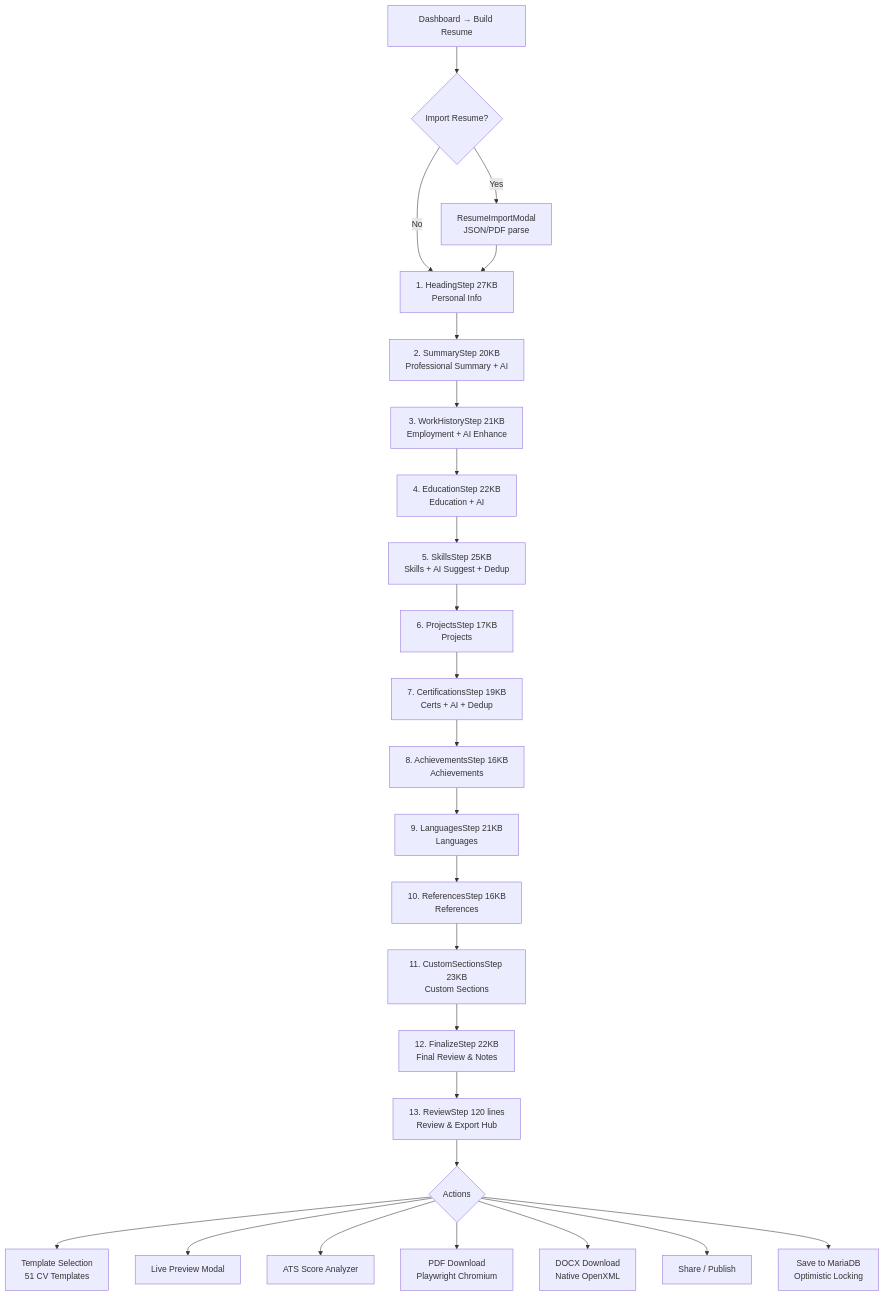
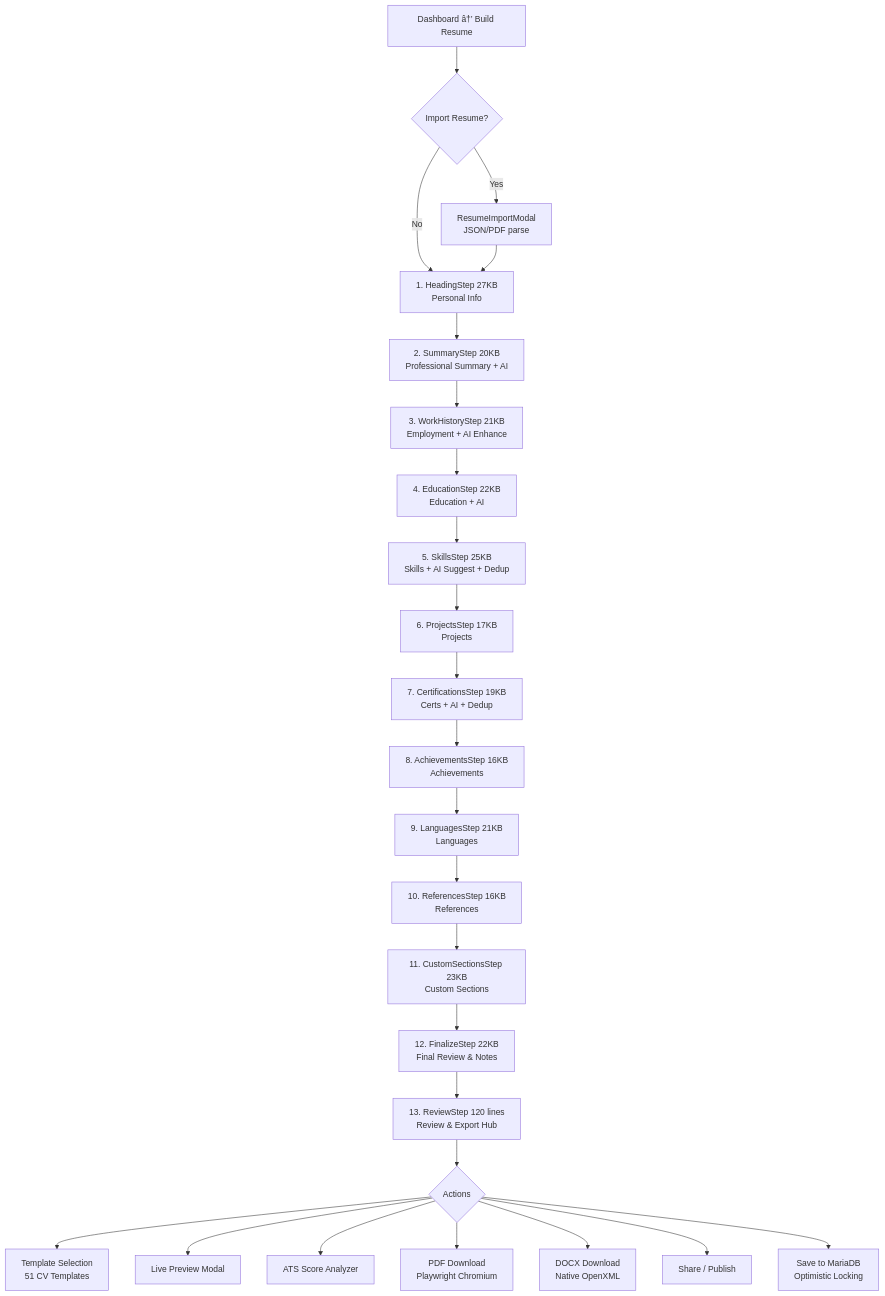
One commit to bhaskarbeyond-creator/ResumePilotAi changed the fifth of 18 diagrams in architecture-flowchart.md. Above: the diagram before and after it, drawn with Mermaid. The commit also changed other lines of this file and 1 other file, not shown here.

````diff
--- a/architecture-flowchart.md
+++ b/architecture-flowchart.md
@@ -736,29 +736,29 @@
 ```mermaid
 graph TD
-    START[Dashboard → Build Resume] --> IMPORT{Import Resume?}
+    START[Dashboard â†’ Build Resume] --> IMPORT{Import Resume?}
     IMPORT --> |Yes| PARSE[ResumeImportModal<br/>JSON/PDF parse]
     IMPORT --> |No| S1
     PARSE --> S1
 
     S1[1. HeadingStep 27KB<br/>Personal Info] --> S2[2. SummaryStep 20KB<br/>Professional Summary + AI]
     S2 --> S3[3. WorkHistoryStep 21KB<br/>Employment + AI Enhance]
     S3 --> S4[4. EducationStep 22KB<br/>Education + AI]
     S4 --> S5[5. SkillsStep 25KB<br/>Skills + AI Suggest + Dedup]
     S5 --> S6[6. ProjectsStep 17KB<br/>Projects]
     S6 --> S7[7. CertificationsStep 19KB<br/>Certs + AI + Dedup]
     S7 --> S8[8. AchievementsStep 16KB<br/>Achievements]
     S8 --> S9[9. LanguagesStep 21KB<br/>Languages]
     S9 --> S10[10. ReferencesStep 16KB<br/>References]
     S10 --> S11[11. CustomSectionsStep 23KB<br/>Custom Sections]
     S11 --> S12[12. FinalizeStep 22KB<br/>Final Review & Notes]
     S12 --> S13[13. ReviewStep 120 lines<br/>Review & Export Hub]
 
     S13 --> ACTIONS{Actions}
     ACTIONS --> TEMPLATE[Template Selection<br/>51 CV Templates]
     ACTIONS --> PREVIEW[Live Preview Modal]
     ACTIONS --> ATS[ATS Score Analyzer]
     ACTIONS --> PDF[PDF Download<br/>Playwright Chromium]
     ACTIONS --> DOCX[DOCX Download<br/>Native OpenXML]
     ACTIONS --> SHARE[Share / Publish]
     ACTIONS --> SAVE[Save to MariaDB<br/>Optimistic Locking]
 ```
````
